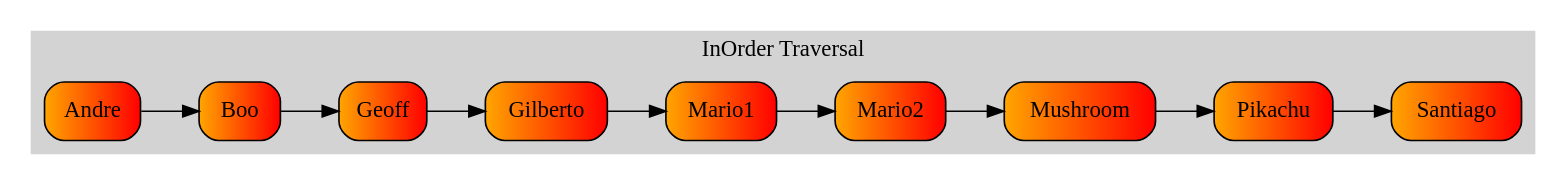
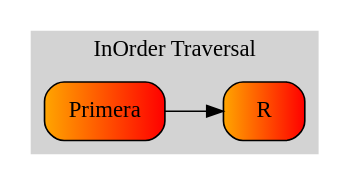
Before and after one commit to Tiago-130414/EDD_2S2019_PY1_201313722: the diagram in arbolIno.dot, drawn with Graphviz. The commit also changed 39 other files, not shown here.

```diff
--- a/arbolIno.dot
+++ b/arbolIno.dot
@@ -1,26 +1,19 @@
 digraph arbol
 {
 	rankdir=LR;
 	ordering=out;	graph [splines=compound,nodesep=0.5];
 	subgraph cluster_0{
 	style=filled;
 	color=lightgrey;
 	labelloc=t;
 	node [shape = rectangle, style="rounded,filled", fillcolor="orange:red",width=0.7,height=0.5];
 
-	NodoAndre[label="Andre"];
-	NodoBoo[label="Boo"];
-	NodoGeoff[label="Geoff"];
-	NodoGilberto[label="Gilberto"];
-	NodoMario1[label="Mario1"];
-	NodoMario2[label="Mario2"];
-	NodoMushroom[label="Mushroom"];
-	NodoPikachu[label="Pikachu"];
-	NodoSantiago[label="Santiago"];
+	NodoPrimera[label="Primera"];
+	NodoR[label="R"];
 
 
-	NodoAndre->NodoBoo->NodoGeoff->NodoGilberto->NodoMario1->NodoMario2->NodoMushroom->NodoPikachu->NodoSantiago;
+	NodoPrimera->NodoR;
 
 	label="InOrder Traversal";
 	}
 }
```
